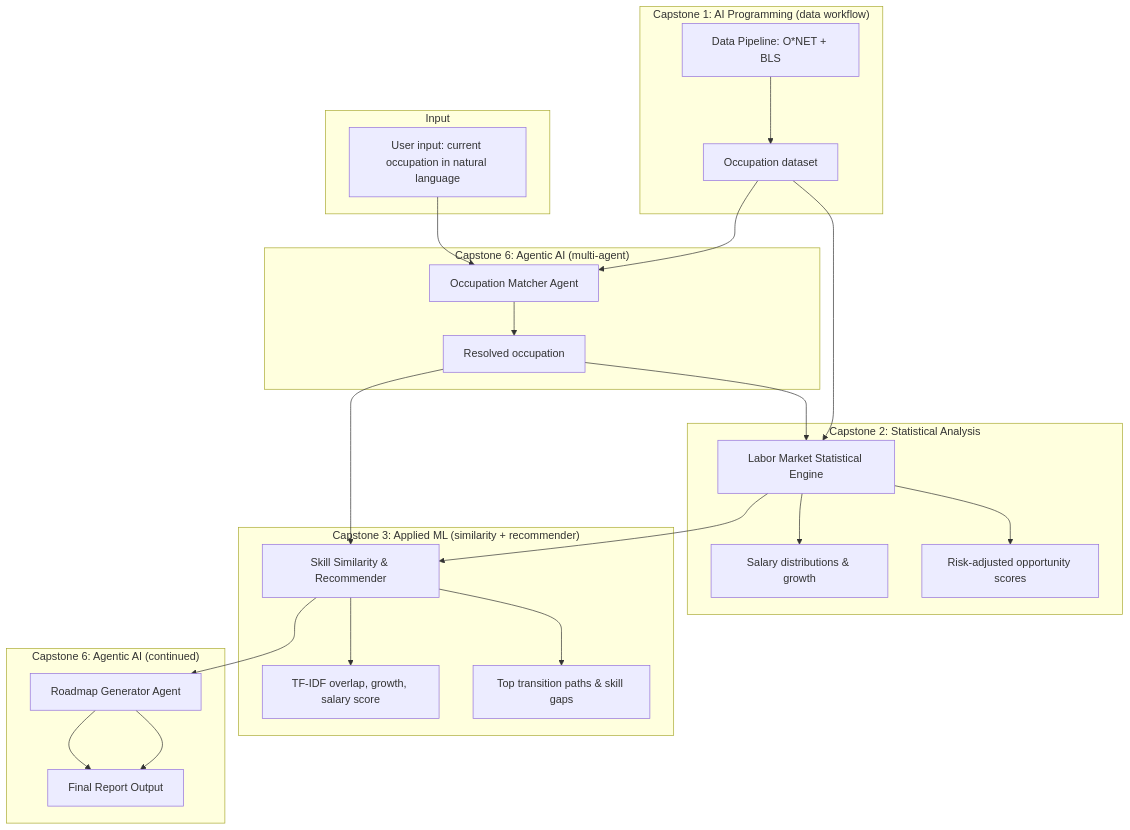
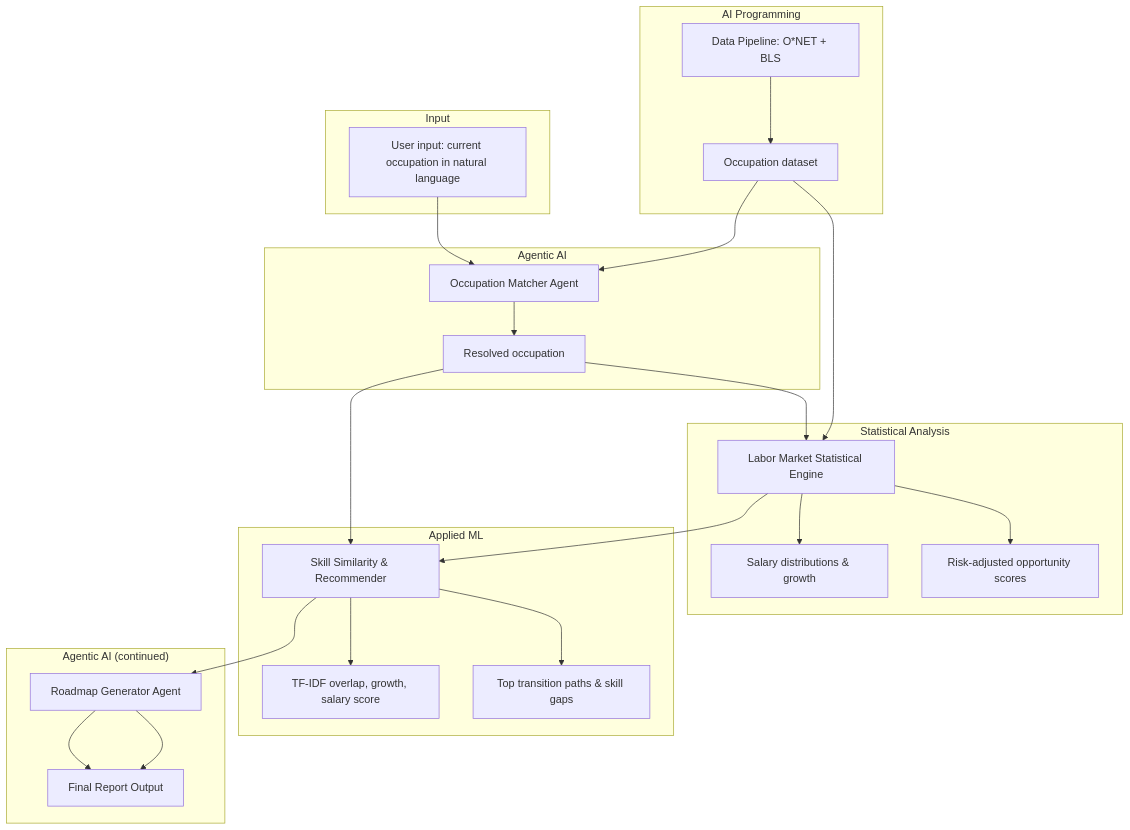
One commit to zhiruiwang/integrative-industry-synthesis-project changed the diagram in README.md. Above: the diagram before and after it, drawn with Mermaid. The commit also changed other lines of this file and 5 other files, not shown here.

Commit message:
update architecture diagram

````diff
--- a/README.md
+++ b/README.md
@@ -65,42 +65,42 @@
 ```mermaid
 flowchart TB
-    subgraph "Capstone 1: AI Programming (data workflow)"
+    subgraph "AI Programming"
         D[Data Pipeline: O*NET + BLS]
         D --> D1[Occupation dataset]
     end
 
     subgraph Input
         A[User input: current occupation in natural language]
     end
 
-    subgraph "Capstone 6: Agentic AI (multi-agent)"
+    subgraph "Agentic AI"
         E[Occupation Matcher Agent]
         E --> G[Resolved occupation]
     end
 
-    subgraph "Capstone 2: Statistical Analysis"
+    subgraph "Statistical Analysis"
         B[Labor Market Statistical Engine]
         B --> B1[Salary distributions & growth]
         B --> B2[Risk-adjusted opportunity scores]
     end
 
-    subgraph "Capstone 3: Applied ML (similarity + recommender)"
+    subgraph "Applied ML"
         C[Skill Similarity & Recommender]
         C --> C1[TF-IDF overlap, growth, salary score]
         C --> C2[Top transition paths & skill gaps]
     end
 
-    subgraph "Capstone 6: Agentic AI (continued)"
+    subgraph "Agentic AI (continued)"
         F[Roadmap Generator Agent]
         F --> H[Final Report Output]
     end
 
     A --> E
     D1 --> E
     G --> B
     G --> C
     D1 --> B
     B --> C
     C --> F
     F --> H
 ```
````
